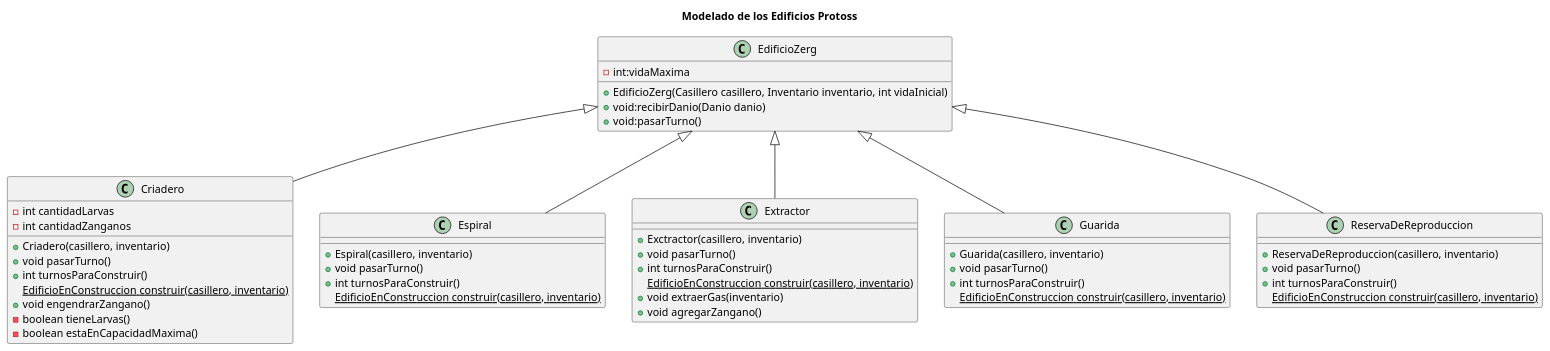
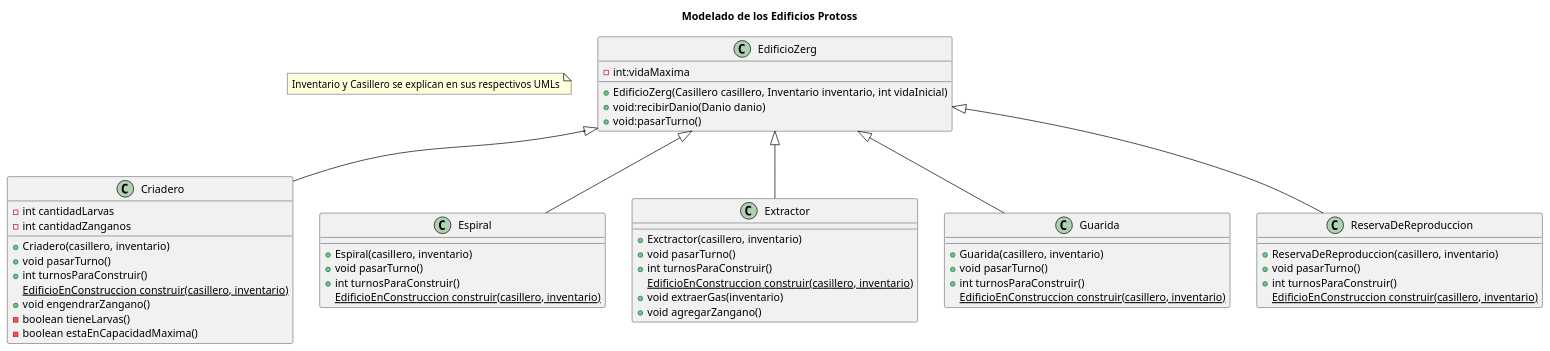
The diagram in diagrams/classes/edificiosZerg.plantuml (m-cabrerar/AlgoStar), drawn with PlantUML before and after one commit. The commit also changed 6 other files, not shown here.

Commit message:
Actualizacion UMLs y UML vida

```diff
--- a/diagrams/classes/edificiosZerg.plantuml
+++ b/diagrams/classes/edificiosZerg.plantuml
@@ -1,61 +1,62 @@
 @startuml
 title Modelado de los Edificios Protoss
+note "Inventario y Casillero se explican en sus respectivos UMLs" as N1
 
 
 class EdificioZerg{
  - int:vidaMaxima
  + EdificioZerg(Casillero casillero, Inventario inventario, int vidaInicial)
  + void:recibirDanio(Danio danio)
  + void:pasarTurno()
 }
 
 class Criadero{
  - int cantidadLarvas
  - int cantidadZanganos
  + Criadero(casillero, inventario)
  + void pasarTurno()
  + int turnosParaConstruir()
  {static} EdificioEnConstruccion construir(casillero, inventario)
  + void engendrarZangano()
  - boolean tieneLarvas()
  - boolean estaEnCapacidadMaxima()
 }
 
 class Espiral{
  + Espiral(casillero, inventario)
  + void pasarTurno()
  + int turnosParaConstruir()
  {static} EdificioEnConstruccion construir(casillero, inventario)
 }
 
 class Extractor {
  + Exctractor(casillero, inventario)
  + void pasarTurno()
  + int turnosParaConstruir()
  {static} EdificioEnConstruccion construir(casillero, inventario)
  + void extraerGas(inventario)
  + void agregarZangano()
 }
 
 class Guarida{
  + Guarida(casillero, inventario)
  + void pasarTurno()
  + int turnosParaConstruir()
  {static} EdificioEnConstruccion construir(casillero, inventario)
 }
 
 class ReservaDeReproduccion {
  + ReservaDeReproduccion(casillero, inventario)
  + void pasarTurno()
  + int turnosParaConstruir()
  {static} EdificioEnConstruccion construir(casillero, inventario)
 }
 
 EdificioZerg <|-- ReservaDeReproduccion
 EdificioZerg <|-- Guarida
 EdificioZerg <|-- Extractor
 EdificioZerg <|-- Espiral
 EdificioZerg <|-- Criadero
 
 
 @enduml
```
